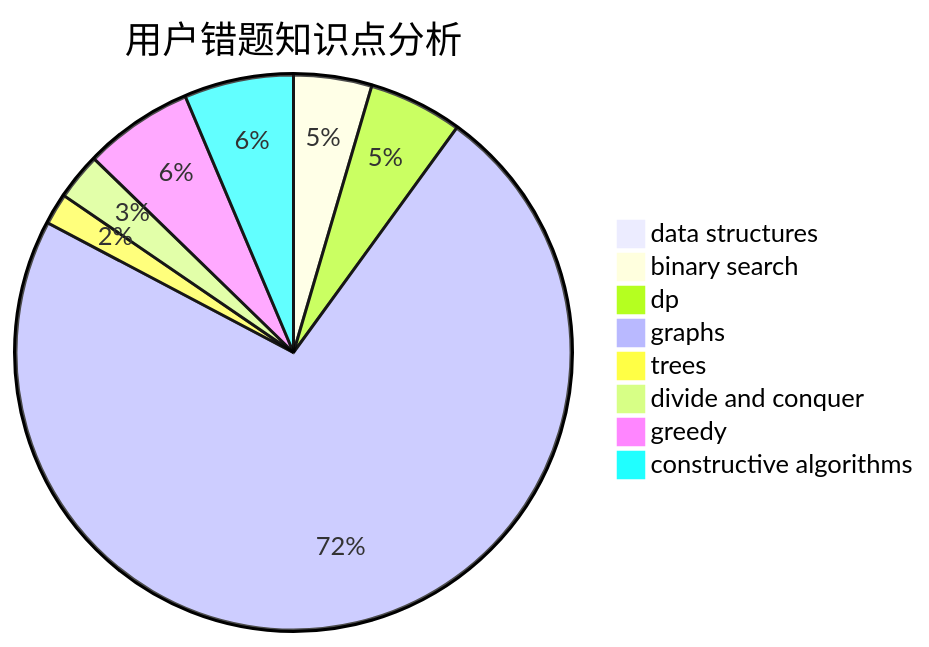
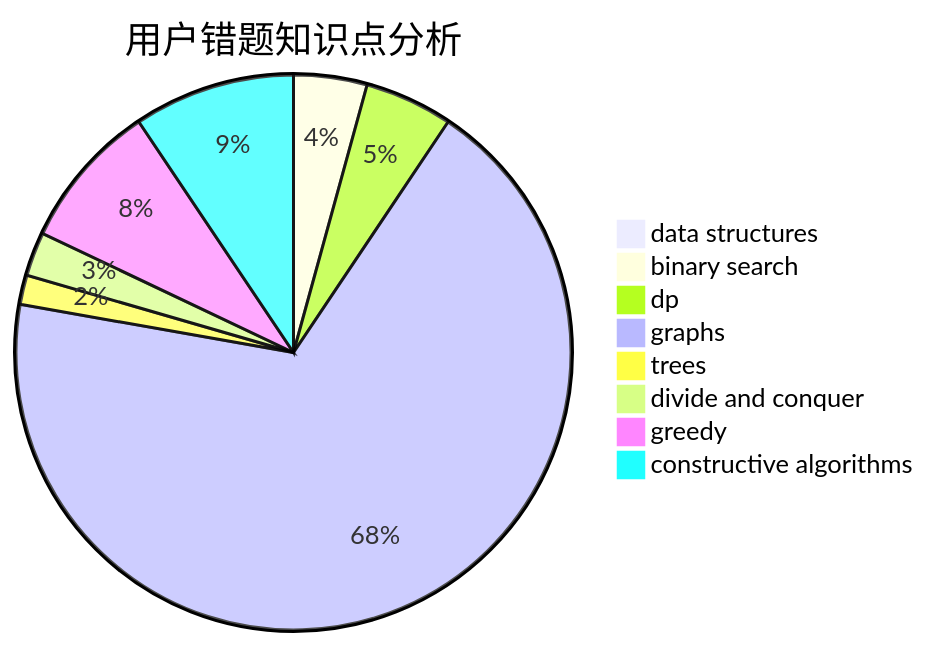
The third of 3 diagrams in docs/user/u511.md (sherpahu/cfrs.github.io), drawn with Mermaid before and after one commit. The commit also changed other lines of this file and 2770 other files, not shown here.

````diff
--- a/docs/user/u511.md
+++ b/docs/user/u511.md
@@ -36,11 +36,11 @@
 ```mermaid
 pie title 用户错题知识点分析
     "data structures" :  1
     "binary search" :  5
     "dp" :  6
     "graphs" :  80
     "trees" :  2
     "divide and conquer" :  3
-    "greedy" :  7
-    "constructive algorithms" :  7
+    "greedy" :  10
+    "constructive algorithms" :  11
 ```
````
